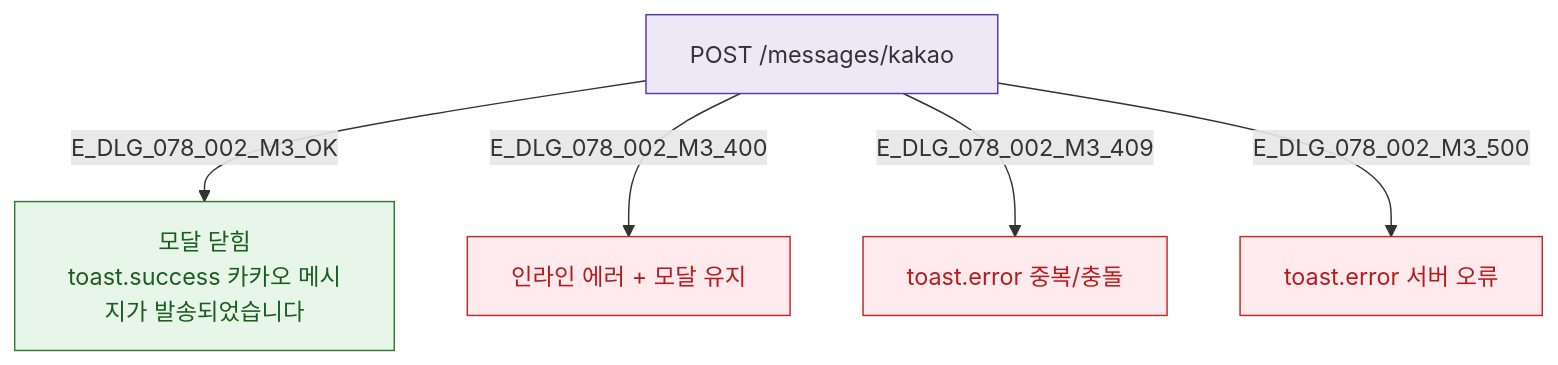
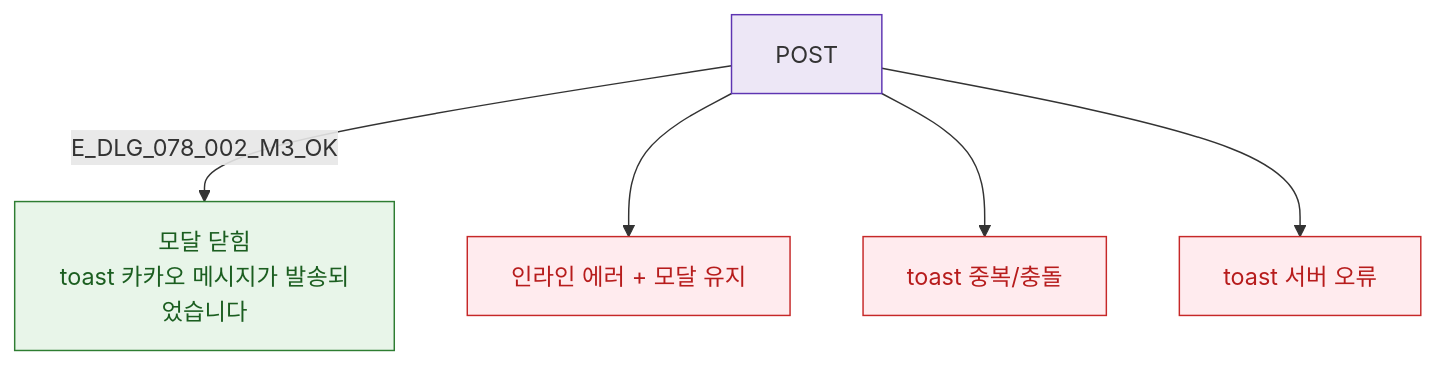
One commit to dev-spogym/admin-pando changed the diagram in docs/다이어그램/D08_마케팅/DLG/DLG-078-002/M3_결과분기.md. Above: the diagram before and after it, drawn with Mermaid. The commit also changed other lines of this file and 1660 other files, not shown here.

First line of the commit message:
다이어그램: 기획자/클라이언트 납품본으로 정리

````diff
--- a/docs/다이어그램/D08_마케팅/DLG/DLG-078-002/M3_결과분기.md
+++ b/docs/다이어그램/D08_마케팅/DLG/DLG-078-002/M3_결과분기.md
@@ -14,15 +12,15 @@
 ```mermaid
 flowchart TD
-  API[POST /messages/kakao] -->|E_DLG_078_002_M3_OK| SUCCESS[모달 닫힘\ntoast.success 카카오 메시지가 발송되었습니다]
-  API -->|E_DLG_078_002_M3_400| ERR_400[인라인 에러 + 모달 유지]
-  API -->|E_DLG_078_002_M3_409| ERR_409[toast.error 중복/충돌]
-  API -->|E_DLG_078_002_M3_500| ERR_500[toast.error 서버 오류]
+  API[POST] -->|E_DLG_078_002_M3_OK|SUCCESS[모달 닫힘\ntoast 카카오 메시지가 발송되었습니다]
+  API --> ERR_400[인라인 에러 + 모달 유지]
+  API --> ERR_409[toast 중복/충돌]
+  API --> ERR_500[toast 서버 오류]
 
   classDef success fill:#E8F5E9,stroke:#2E7D32,color:#1B5E20
-  classDef error   fill:#FFEBEE,stroke:#C62828,color:#B71C1C
-  classDef system  fill:#EDE7F6,stroke:#5E35B2
+  classDef error fill:#FFEBEE,stroke:#C62828,color:#B71C1C
+  classDef system fill:#EDE7F6,stroke:#5E35B2
 
   class SUCCESS success
   class ERR_400,ERR_409,ERR_500 error
   class API system
 ```
````
